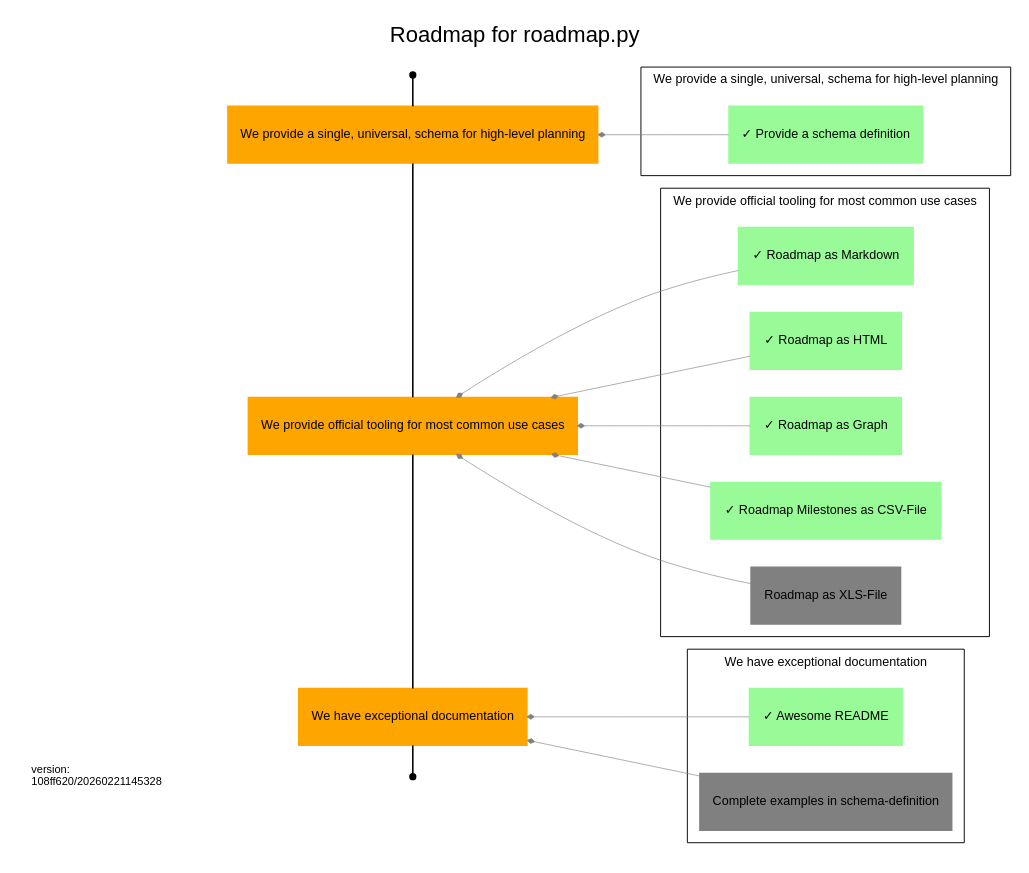
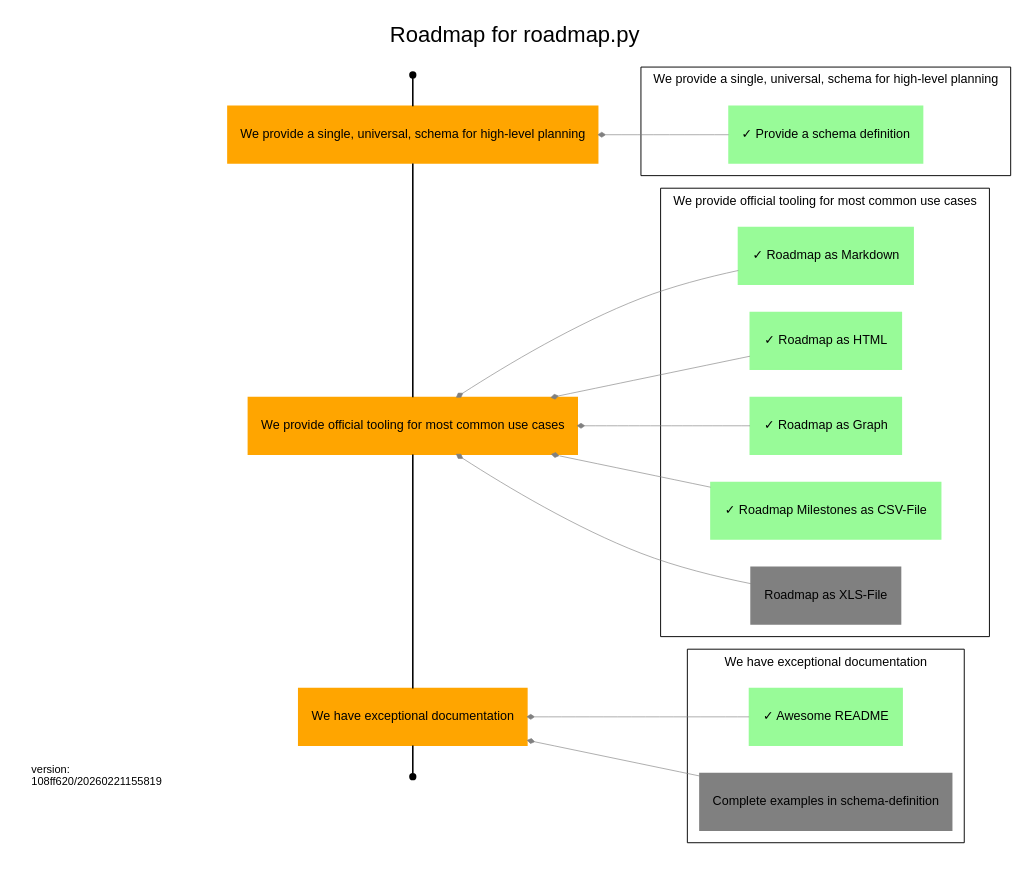
The diagram in roadmap/roadmap.dot (uroflavin/roadmap), drawn with Graphviz before and after one commit. The commit also changed 23 other files, not shown here.

```diff
--- a/roadmap/roadmap.dot
+++ b/roadmap/roadmap.dot
@@ -1,143 +1,143 @@
 digraph Roadmap {
   rankdir=RL;
   label="Roadmap for roadmap.py"
   tooltip="This is the planning roadmap for the [uroflavin/roadmap](https://github.com/uroflavin/roadmap) project. 
 It acts as both the plan for implementing this tool as well as a demonstration of what a roadmap might look like.
 
 One good example is this roadmap itself. 
 What to-do and what is already done to implement roadmap.py can you see in this picture.
 
 ![Roadmap Objectives and Keyresults, rendered from roadmap.yml](roadmap.dot.png)
 
 One of the things you'll immediately notice about this file is that it uses *Markdown* for formatting of text and is designed around a structured YAML schema. 
 The goal is to make this as easy as possible for humans to read and reason about, while also enabling powerful visualizations to be generated based on the content.
 ";
   fontname="Arial";
   labelloc="t";
 
   node[style="filled",shape="rectangle",color="orange",fontname="Arial",fontsize=8];
   edge[weight=1,group="milestones",arrowhead="none"];
 
   {
 	rank=same;
 
 	start[label="Start",shape="point",color="",tooltip="This is the start of your roadmap."];
     end[label="End",shape="point",color="",tooltip="This is the end of your roadmap."];
     
     
     o1 [label="We provide a single, universal, schema for high-level planning",tooltip="The goal of this project is, primarily, to provide a single schema that can be used by different teams to describe the work they are doing and their future intentions. 
 The usefulness and applicability of this schema to real-world problem domains will determine whether anything else we do here is of value.
 "];
         
             "start" -> o1;
         
     o2 [label="We provide official tooling for most common use cases",tooltip="While the goal of having a single unified schema for planning is that it enables the development of tools that automate various aspects of planning, most teams are not going to adopt this if the fundamentals aren't already solved for them. 
 This includes things like being able to visualize your road map in common formats, validating it against the schema etc.
 "];
         
             o1 -> o2;
         
     o3 [label="We have exceptional documentation",tooltip="Adoption of something intended to make planning easier is only going to be successful if it is easy to use, and a critical part of that is great documentation. 
 Our goal is that someone with no familiarity with our tooling can ramp up and have an initial road map ready for use within only a few minutes.
 "];
         
             o2 -> o3;
         
             o3 -> "end" ;
         }
   node[color="grey"];
   edge[weight=5,color="grey",penwidth=0.4,arrowsize=0.4,group="dependencies",arrowhead="diamond"];
 
   
         
         subgraph cluster_o1 {
             label="We provide a single, universal, schema for high-level planning";
             tooltip="The goal of this project is, primarily, to provide a single schema that can be used by different teams to describe the work they are doing and their future intentions. 
 The usefulness and applicability of this schema to real-world problem domains will determine whether anything else we do here is of value.
 ";
             fontsize=8;
             penwidth=0.6;
             
                 
                 
                     
                 o1_r1 [label="✓ Provide a schema definition",tooltip="Develop a schema that fulfills the main requirements of the objective",color="palegreen"];
                 o1_r1 -> o1;
             }
     
         
         subgraph cluster_o2 {
             label="We provide official tooling for most common use cases";
             tooltip="While the goal of having a single unified schema for planning is that it enables the development of tools that automate various aspects of planning, most teams are not going to adopt this if the fundamentals aren't already solved for them. 
 This includes things like being able to visualize your road map in common formats, validating it against the schema etc.
 ";
             fontsize=8;
             penwidth=0.6;
             
                 
                 
                     
                 o2_r1 [label="✓ Roadmap as Markdown",tooltip="We should be able to generate some markdown out of roadmap.yml
 ",color="palegreen"];
                 o2_r1 -> o2;
             
                 
                 
                     
                 o2_r2 [label="✓ Roadmap as HTML",tooltip="We should be able to generate some html out of roadmap.yml
 ",color="palegreen"];
                 o2_r2 -> o2;
             
                 
                 
                     
                 o2_r3 [label="✓ Roadmap as Graph",tooltip="We should be able to generate some dot out of roadmap.yml
 ",color="palegreen"];
                 o2_r3 -> o2;
             
                 
                 
                     
                 o2_r4 [label="✓ Roadmap Milestones as CSV-File",tooltip="Excel is THE projectmanagement tool. 
 To render some progress in your favorite tool ;-) we should be able to generate some csv out of roadmap.yml-milestone and deliverables.
 CSV is limited capable for exporting everything, so this would be a good first step towards Roadmap als XLS-File.
 ",color="palegreen"];
                 o2_r4 -> o2;
             
                 
                 
                     
                 o2_r5 [label="Roadmap as XLS-File",tooltip="We should be able to generate some xls out of roadmap.yml
 ",color="grey"];
                 o2_r5 -> o2;
             }
     
         
         subgraph cluster_o3 {
             label="We have exceptional documentation";
             tooltip="Adoption of something intended to make planning easier is only going to be successful if it is easy to use, and a critical part of that is great documentation. 
 Our goal is that someone with no familiarity with our tooling can ramp up and have an initial road map ready for use within only a few minutes.
 ";
             fontsize=8;
             penwidth=0.6;
             
                 
                 
                     
                 o3_r1 [label="✓ Awesome README",tooltip="We need to complete our README explaining the purpose of this project and giving some basic examples of its use.
 ",color="palegreen"];
                 o3_r1 -> o3;
             
                 
                 
                     
                 o3_r2 [label="Complete examples in schema-definition",tooltip="Complete the examples so that every user of the schema is able to find suitable examples for their specific use cases",color="grey"];
                 o3_r2 -> o3;
             }
     subgraph footer {
                 {
                     rank="sink"; 
-                    footer [fontsize=7 shape="box" color="white" label="version:\l108ff620/20260221145328\l"];
+                    footer [fontsize=7 shape="box" color="white" label="version:\l108ff620/20260221155819\l"];
                 }
             }
 }
```
